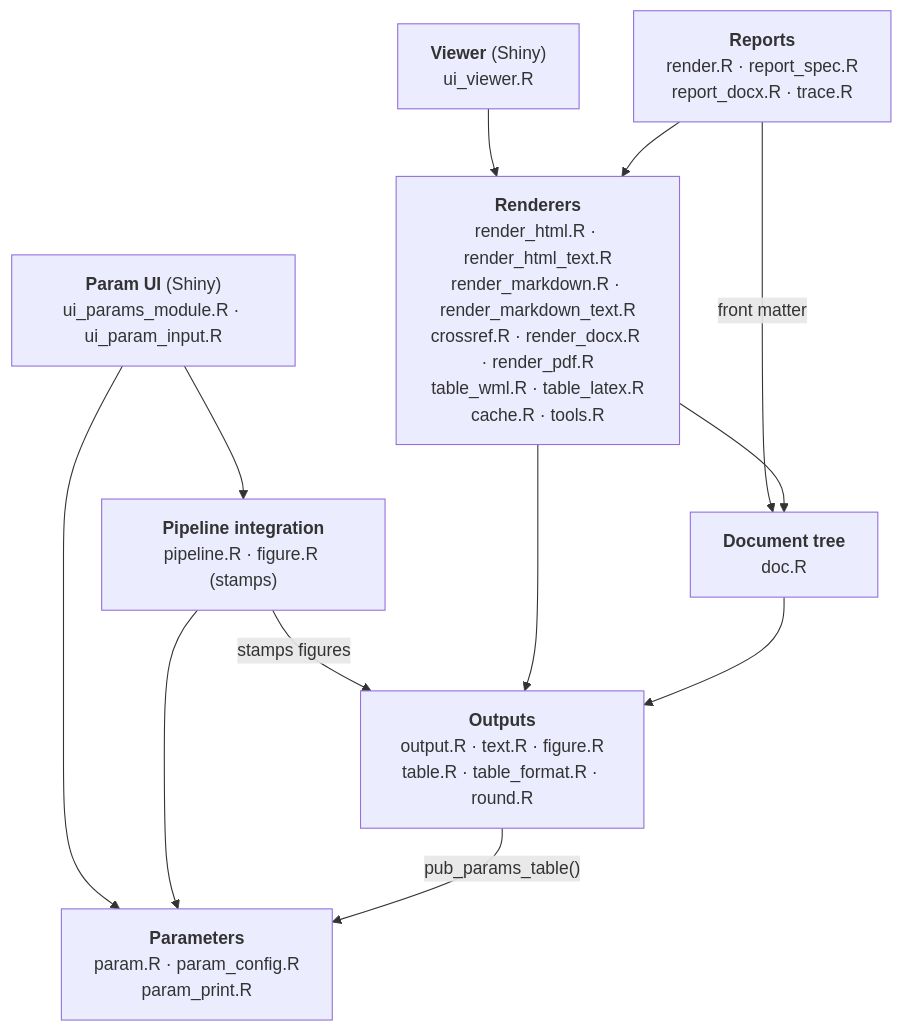
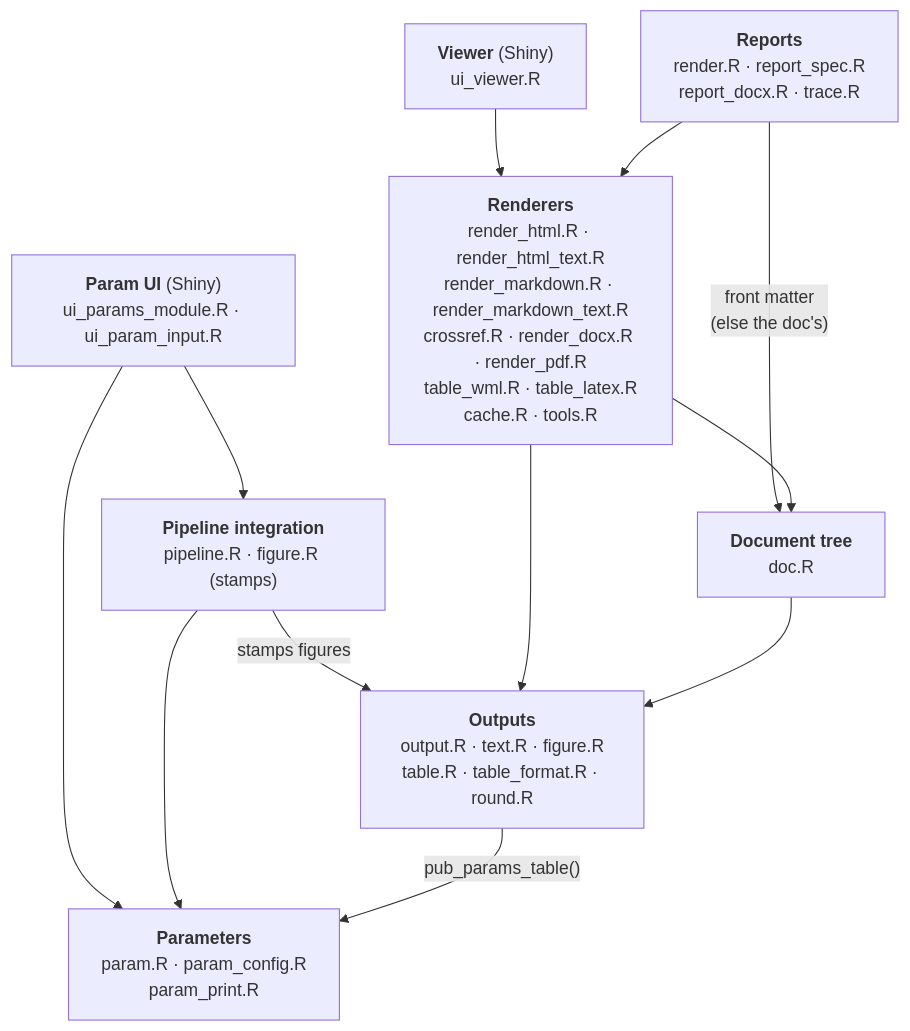
The second of 12 diagrams in dev/ARCHITECTURE.md (rpahl/pubflow), drawn with Mermaid before and after one commit. The commit also changed other lines of this file and 3 other files, not shown here.

Commit message:
docs: document front matter of documents (D56)

````diff
--- a/dev/ARCHITECTURE.md
+++ b/dev/ARCHITECTURE.md
@@ -83,23 +83,23 @@
 ```mermaid
 flowchart TB
     U["<b>Param UI</b> (Shiny)<br/>ui_params_module.R · ui_param_input.R"]
     V["<b>Viewer</b> (Shiny)<br/>ui_viewer.R"]
     I["<b>Pipeline integration</b><br/>pipeline.R · figure.R (stamps)"]
     Rep["<b>Reports</b><br/>render.R · report_spec.R<br/>report_docx.R · trace.R"]
     P["<b>Parameters</b><br/>param.R · param_config.R<br/>param_print.R"]
     R["<b>Renderers</b><br/>render_html.R · render_html_text.R<br/>render_markdown.R · render_markdown_text.R<br/>crossref.R · render_docx.R · render_pdf.R<br/>table_wml.R · table_latex.R<br/>cache.R · tools.R"]
     D["<b>Document tree</b><br/>doc.R"]
     O["<b>Outputs</b><br/>output.R · text.R · figure.R<br/>table.R · table_format.R · round.R"]
 
     U --> I
     U --> P
     I --> P
     I -- "stamps figures" --> O
     V --> R
     Rep --> R
-    Rep -- "front matter" --> D
+    Rep -- "front matter<br/>(else the doc's)" --> D
     R --> D
     R --> O
     D --> O
     O -- "pub_params_table()" --> P
 ```
````
